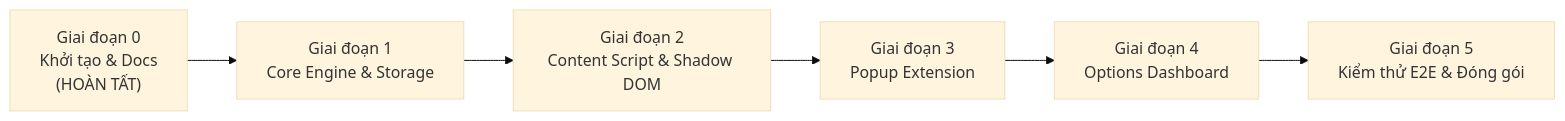
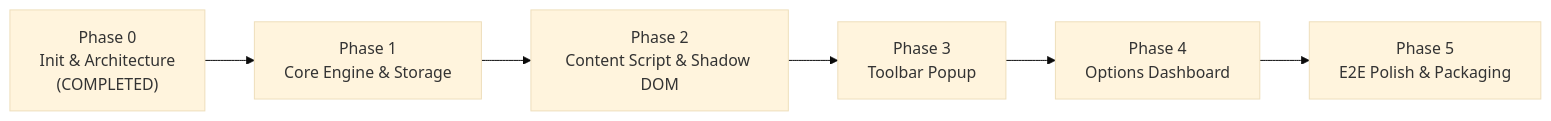
Before and after one commit to thanhba0505/LayerMark: the diagram in docs/ROADMAP.md, drawn with Mermaid (base theme). The commit also changed other lines of this file and 10 other files, not shown here.

Commit message:
docs: translate AGENTS.md, skills, architecture, specs, and roadmap to English

````diff
--- a/docs/ROADMAP.md
+++ b/docs/ROADMAP.md
@@ -9,8 +9,8 @@
 ```mermaid
 flowchart LR
-    P0["Giai đoạn 0<br/>Khởi tạo & Docs<br/>(HOÀN TẤT)"] --> P1["Giai đoạn 1<br/>Core Engine & Storage"]
-    P1 --> P2["Giai đoạn 2<br/>Content Script & Shadow DOM"]
-    P2 --> P3["Giai đoạn 3<br/>Popup Extension"]
-    P3 --> P4["Giai đoạn 4<br/>Options Dashboard"]
-    P4 --> P5["Giai đoạn 5<br/>Kiểm thử E2E & Đóng gói"]
+    P0["Phase 0<br/>Init & Architecture<br/>(COMPLETED)"] --> P1["Phase 1<br/>Core Engine & Storage"]
+    P1 --> P2["Phase 2<br/>Content Script & Shadow DOM"]
+    P2 --> P3["Phase 3<br/>Toolbar Popup"]
+    P3 --> P4["Phase 4<br/>Options Dashboard"]
+    P4 --> P5["Phase 5<br/>E2E Polish & Packaging"]
 ```
````
